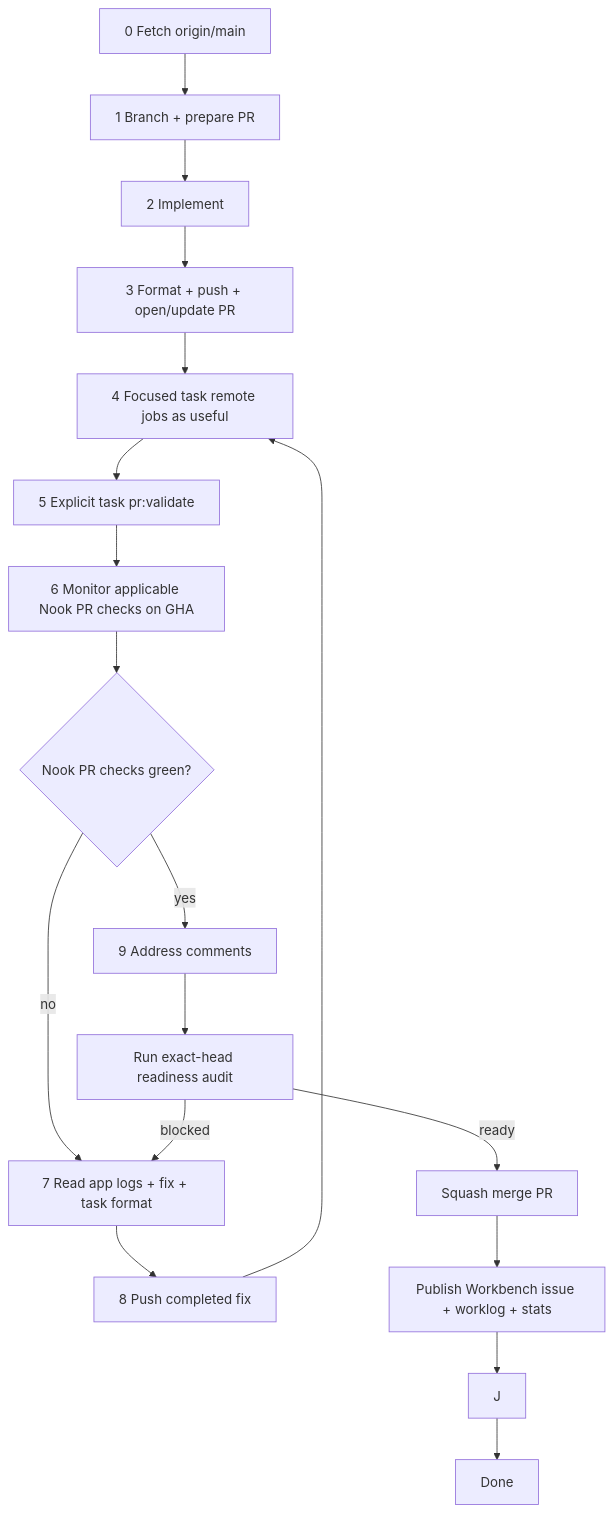
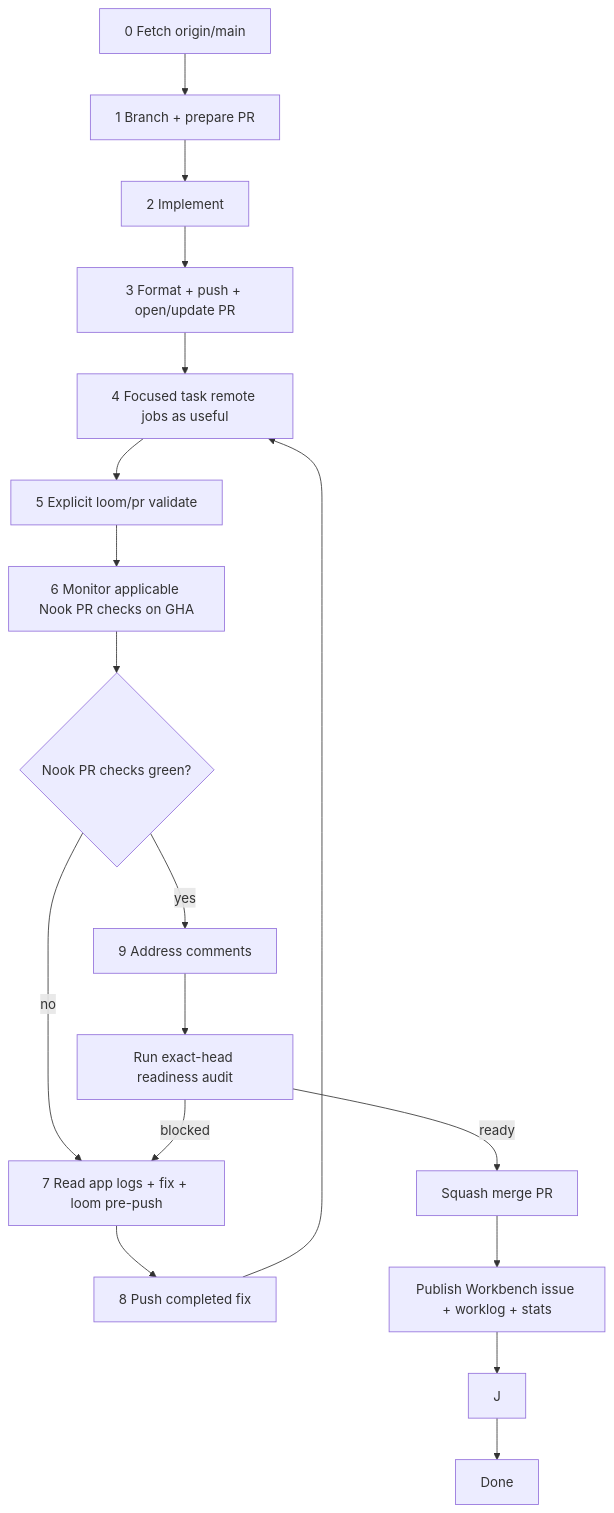
The diagram in .cortex/workflows/pull-requests.md (meta-secret/nook), drawn with Mermaid before and after one commit. The commit also changed other lines of this file and 41 other files, not shown here.

````diff
--- a/.cortex/workflows/pull-requests.md
+++ b/.cortex/workflows/pull-requests.md
@@ -43,20 +43,20 @@
 ```mermaid
 flowchart TD
   Z[0 Fetch origin/main] --> A[1 Branch + prepare PR]
   A --> I[2 Implement]
   I --> E[3 Format + push + open/update PR]
   E --> X[4 Focused task remote jobs as useful]
-  X --> V[5 Explicit task pr:validate]
+  X --> V[5 Explicit loom/pr validate]
   V --> F[6 Monitor applicable Nook PR checks on GHA]
   F --> G{Nook PR checks green?}
-  G -->|no| H[7 Read app logs + fix + task format]
+  G -->|no| H[7 Read app logs + fix + loom pre-push]
   H --> PUSH[8 Push completed fix]
   PUSH --> X
   G -->|yes| C[9 Address comments]
   C --> R[Run exact-head readiness audit]
   R -->|blocked| H
   R -->|ready| M[Squash merge PR]
   M --> S[Publish Workbench issue + worklog + stats]
   S --> J
   J --> K[Done]
 ```
````
